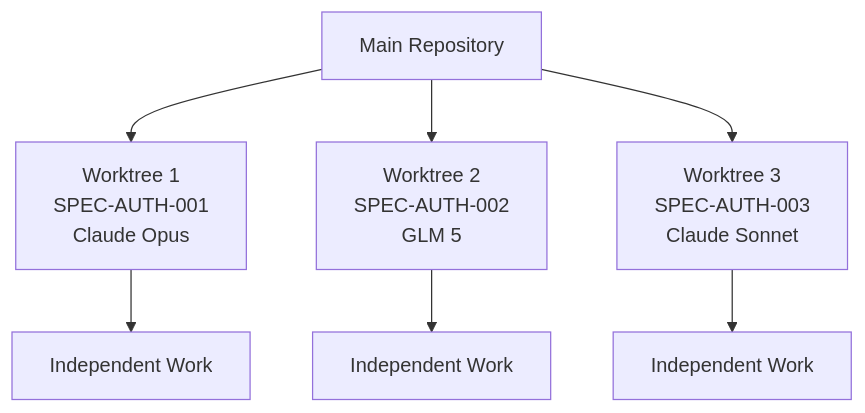
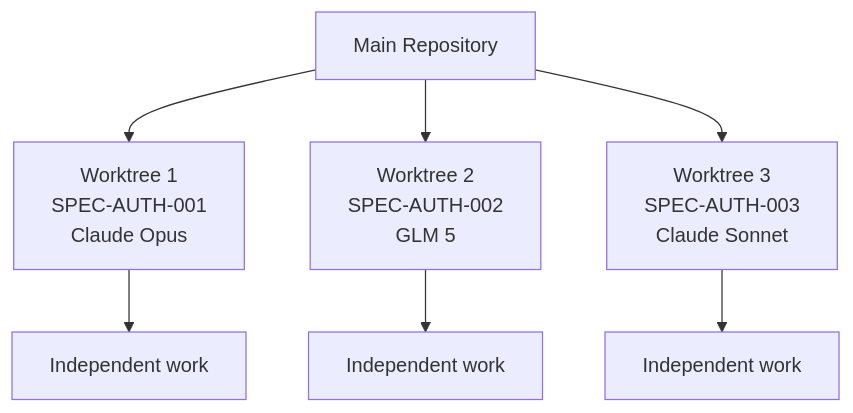
The first of 6 diagrams in docs-site/content/en/worktree/_index.md (modu-ai/moai-adk), drawn with Mermaid before and after one commit. The commit also changed other lines of this file and 395 other files, not shown here.

````diff
--- a/docs-site/content/en/worktree/_index.md
+++ b/docs-site/content/en/worktree/_index.md
@@ -23,10 +33,10 @@
 ```mermaid
 graph TB
     A[Main Repository] --> B[Worktree 1<br/>SPEC-AUTH-001<br/>Claude Opus]
     A --> C[Worktree 2<br/>SPEC-AUTH-002<br/>GLM 5]
     A --> D[Worktree 3<br/>SPEC-AUTH-003<br/>Claude Sonnet]
 
-    B --> E[Independent Work]
-    C --> F[Independent Work]
-    D --> G[Independent Work]
+    B --> E[Independent work]
+    C --> F[Independent work]
+    D --> G[Independent work]
 ```
````
